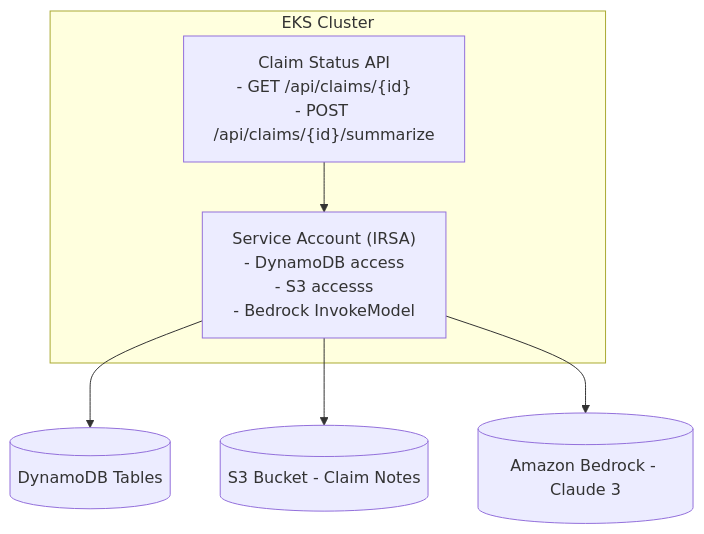
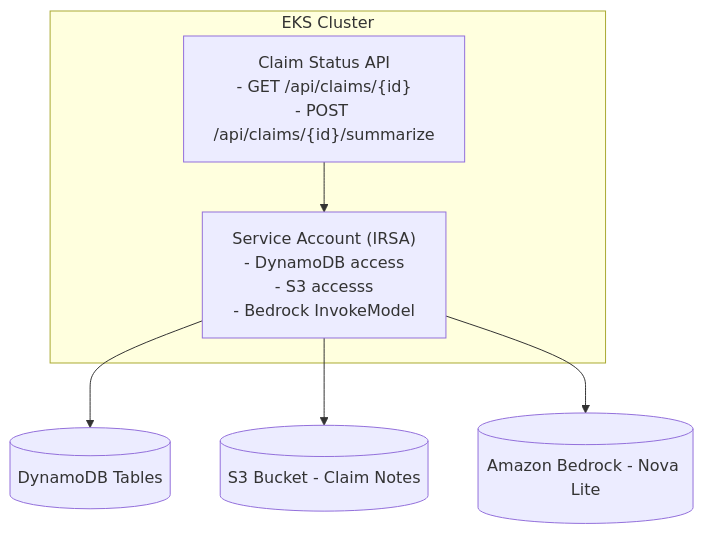
One commit to matei-tm/introspect2B changed the diagram in docs/deployment/deployment-guide.md. Above: the diagram before and after it, drawn with Mermaid. The commit also changed other lines of this file and 7 other files, not shown here.

First line of the commit message:
docs: migrate from Claude 3 Haiku to Amazon Nova Lite as default Bedrock model

````diff
--- a/docs/deployment/deployment-guide.md
+++ b/docs/deployment/deployment-guide.md
@@ -22,15 +22,15 @@
 ```mermaid
 flowchart TD
   subgraph EKS[EKS Cluster]
     API["Claim Status API<br/>- GET /api/claims/{id}<br/>- POST /api/claims/{id}/summarize"]
     IRSA["Service Account (IRSA)
     - DynamoDB access
     - S3 accesss
     - Bedrock InvokeModel"]
   end
 
   API --> IRSA
   IRSA --> DDB[(DynamoDB Tables)]
   IRSA --> S3[(S3 Bucket - Claim Notes)]
-  IRSA --> Bedrock[(Amazon Bedrock - Claude 3)]
+  IRSA --> Bedrock[(Amazon Bedrock - Nova Lite)]
 ```
````
